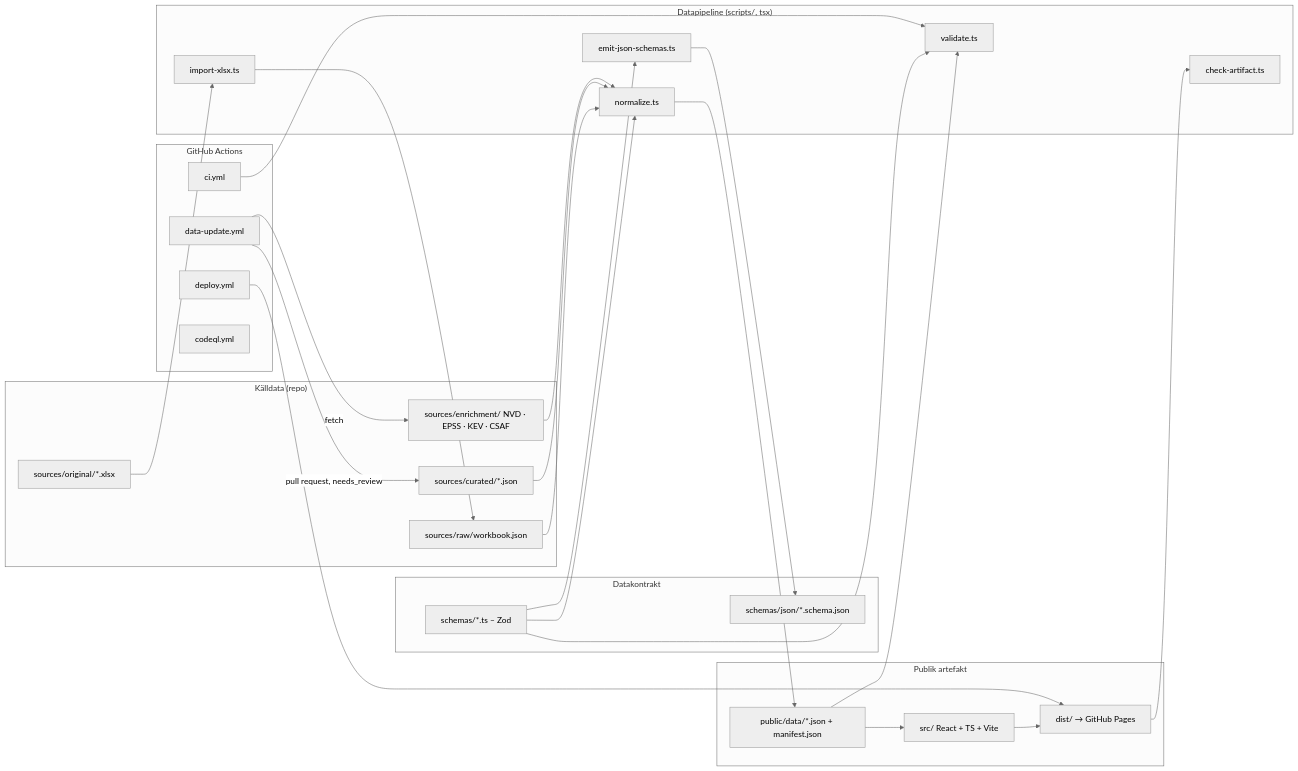
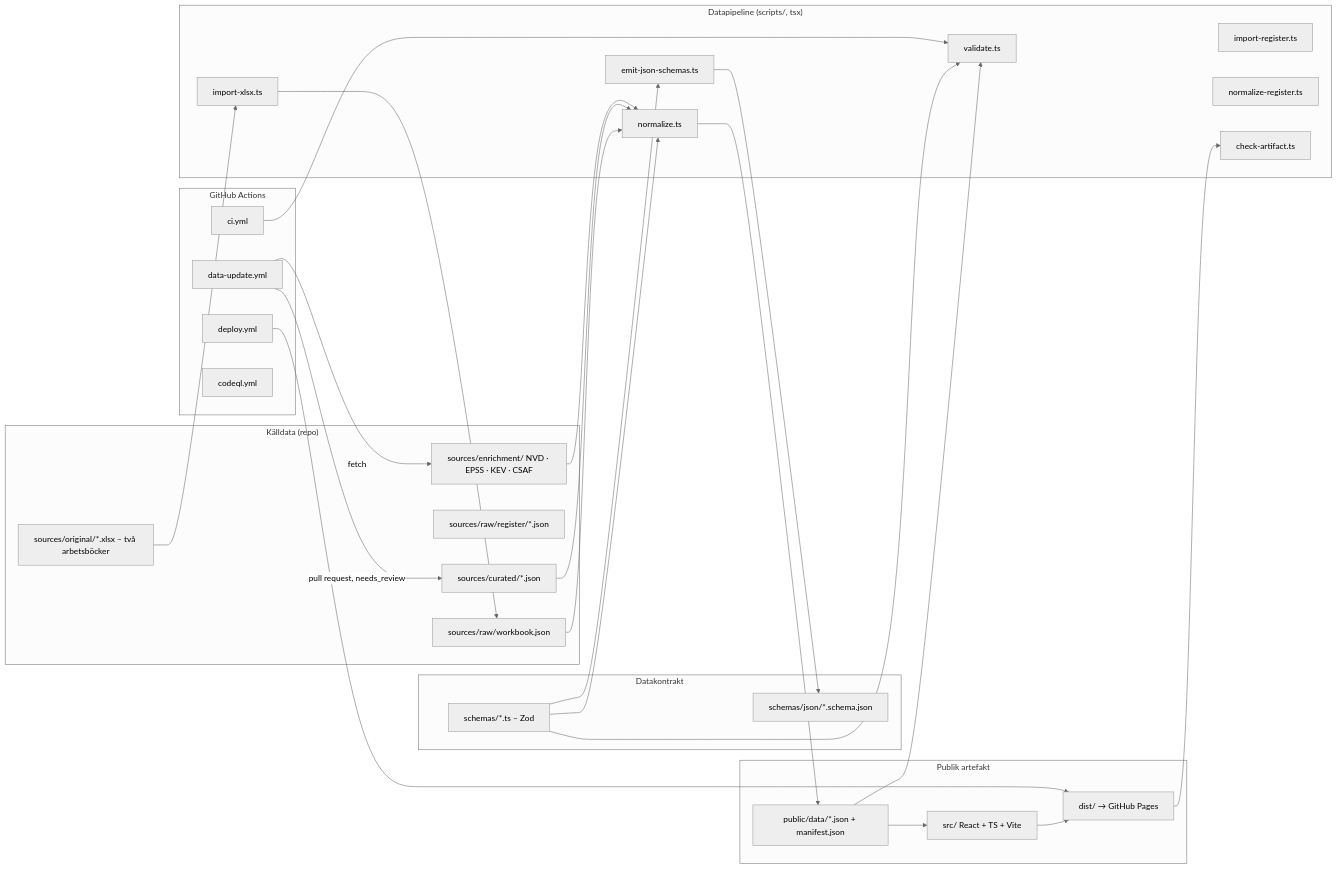
The diagram in docs/ARCHITECTURE.md (timpan8/ot-iot-security-intelligence), drawn with Mermaid (neutral theme) before and after one commit. The commit also changed other lines of this file and 455 other files, not shown here.

````diff
--- a/docs/ARCHITECTURE.md
+++ b/docs/ARCHITECTURE.md
@@ -9,50 +9,53 @@
 ```mermaid
 flowchart LR
   subgraph Sources["Källdata (repo)"]
-    XLSX[sources/original/*.xlsx]
+    XLSX[sources/original/*.xlsx – två arbetsböcker]
     RAW[sources/raw/workbook.json]
+    RAWREG[sources/raw/register/*.json]
     CUR[sources/curated/*.json]
     ENR[sources/enrichment/ NVD · EPSS · KEV · CSAF]
   end
 
   subgraph Pipeline["Datapipeline (scripts/, tsx)"]
     IMP[import-xlsx.ts]
+    IMPREG[import-register.ts]
+    NORMREG[normalize-register.ts]
     NORM[normalize.ts]
     VAL[validate.ts]
     SCH[emit-json-schemas.ts]
     ART[check-artifact.ts]
   end
 
   subgraph Contracts["Datakontrakt"]
     ZOD[schemas/*.ts – Zod]
     JSONS[schemas/json/*.schema.json]
   end
 
   subgraph Public["Publik artefakt"]
     DATA[public/data/*.json + manifest.json]
     APP[src/ React + TS + Vite]
     DIST[dist/ → GitHub Pages]
   end
 
   subgraph Automation["GitHub Actions"]
     CI[ci.yml]
     DEP[deploy.yml]
     UPD[data-update.yml]
     CQL[codeql.yml]
   end
 
   XLSX --> IMP --> RAW
   RAW --> NORM
   CUR --> NORM
   ENR --> NORM
   NORM --> DATA
   ZOD --> NORM
   ZOD --> VAL
   ZOD --> SCH --> JSONS
   DATA --> VAL
   DATA --> APP --> DIST --> ART
   UPD -->|fetch| ENR
   UPD -->|pull request, needs_review| CUR
   CI --> VAL
   DEP --> DIST
 ```
````
